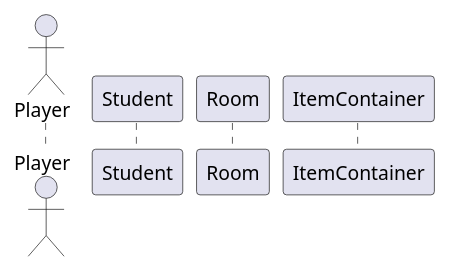
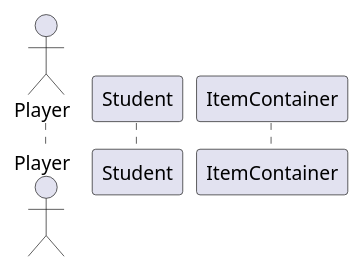
The diagram in resources/sequence_diagrams/student_picks_up_an_item.puml (MysticMazeEducators/.github), drawn with PlantUML before and after one commit. The commit also changed 24 other files, not shown here.

```diff
--- a/resources/sequence_diagrams/student_picks_up_an_item.puml
+++ b/resources/sequence_diagrams/student_picks_up_an_item.puml
@@ -1,13 +1,12 @@
 @startuml
 'https://plantuml.com/sequence-diagram
 
 autonumber
 
 actor Player as p
 participant Student as student
-participant Room as r
 participant ItemContainer as i
 
 
 
 @enduml
```
